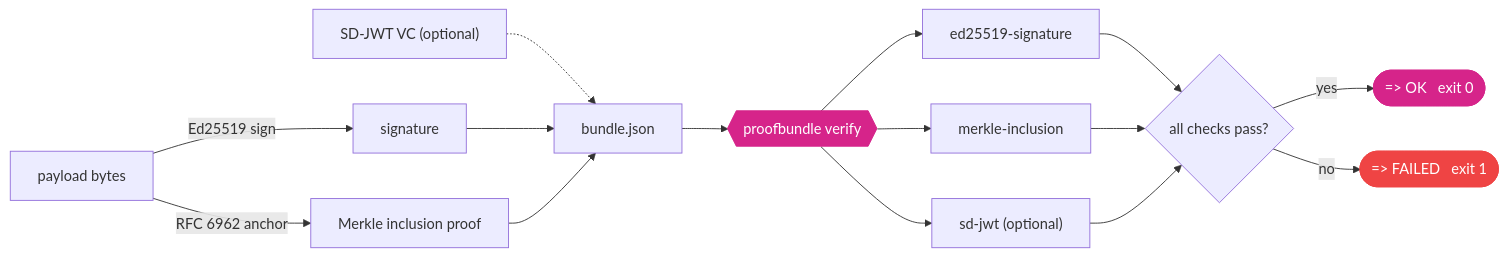
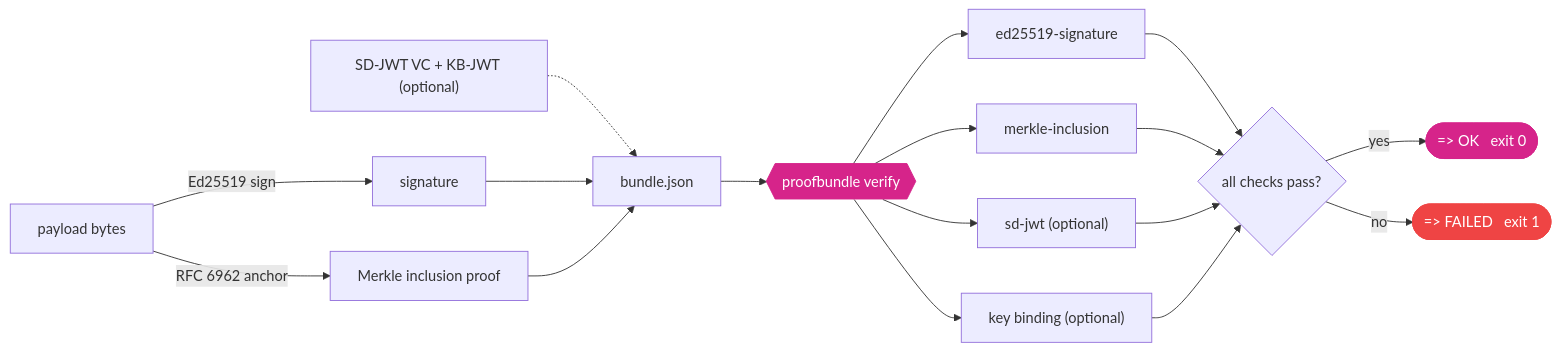
One commit to b7n0de/proofbundle changed the diagram in README.md. Above: the diagram before and after it, drawn with Mermaid. The commit also changed other lines of this file and 14 other files, not shown here.

````diff
--- a/README.md
+++ b/README.md
@@ -113,22 +119,24 @@
 ```mermaid
 flowchart LR
     P["payload bytes"]
     P -->|"Ed25519 sign"| S["signature"]
     P -->|"RFC 6962 anchor"| M["Merkle inclusion proof"]
-    SD["SD-JWT VC (optional)"] -.-> B
+    SD["SD-JWT VC + KB-JWT (optional)"] -.-> B
     S --> B["bundle.json"]
     M --> B
     B --> V{{"proofbundle verify"}}
     V --> C1["ed25519-signature"]
     V --> C2["merkle-inclusion"]
     V --> C3["sd-jwt (optional)"]
+    V --> C4["key binding (optional)"]
     C1 --> R{"all checks pass?"}
     C2 --> R
     C3 --> R
+    C4 --> R
     R -->|yes| OK(["=> OK &nbsp; exit 0"])
     R -->|no| FAIL(["=> FAILED &nbsp; exit 1"])
 
     style V fill:#D6248A,stroke:#D6248A,color:#fff
     style OK fill:#D6248A,stroke:#D6248A,color:#fff
     style FAIL fill:#ef4444,stroke:#ef4444,color:#fff
 ```
````
